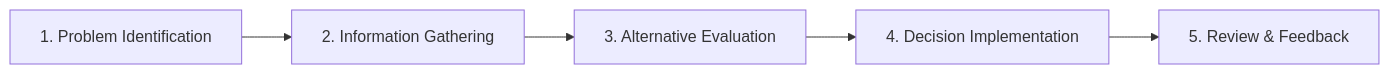
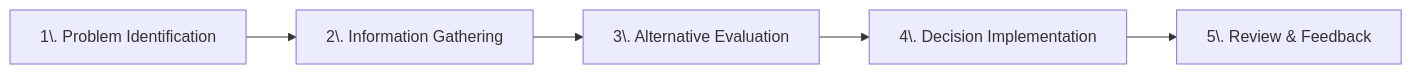
One commit to Fake1Doge/Obsidian-notes changed the second of 20 diagrams in Y1S2/AKW103 Introduction to Management.md. Above: the diagram before and after it, drawn with Mermaid. The commit also changed 1 other file, not shown here.

Commit message:
vault backup: 2026-07-01 22:41:15

````diff
--- a/Y1S2/AKW103 Introduction to Management.md
+++ b/Y1S2/AKW103 Introduction to Management.md
@@ -1283,7 +1283,7 @@
 ```mermaid
 graph LR
-    P1[1. Problem Identification] --> P2[2. Information Gathering]
-    P2 --> P3[3. Alternative Evaluation]
-    P3 --> P4[4. Decision Implementation]
-    P4 --> P5[5. Review & Feedback]
+    P1["1\. Problem Identification"] --> P2["2\. Information Gathering"]
+    P2 --> P3["3\. Alternative Evaluation"]
+    P3 --> P4["4\. Decision Implementation"]
+    P4 --> P5["5\. Review & Feedback"]
 ```
````
